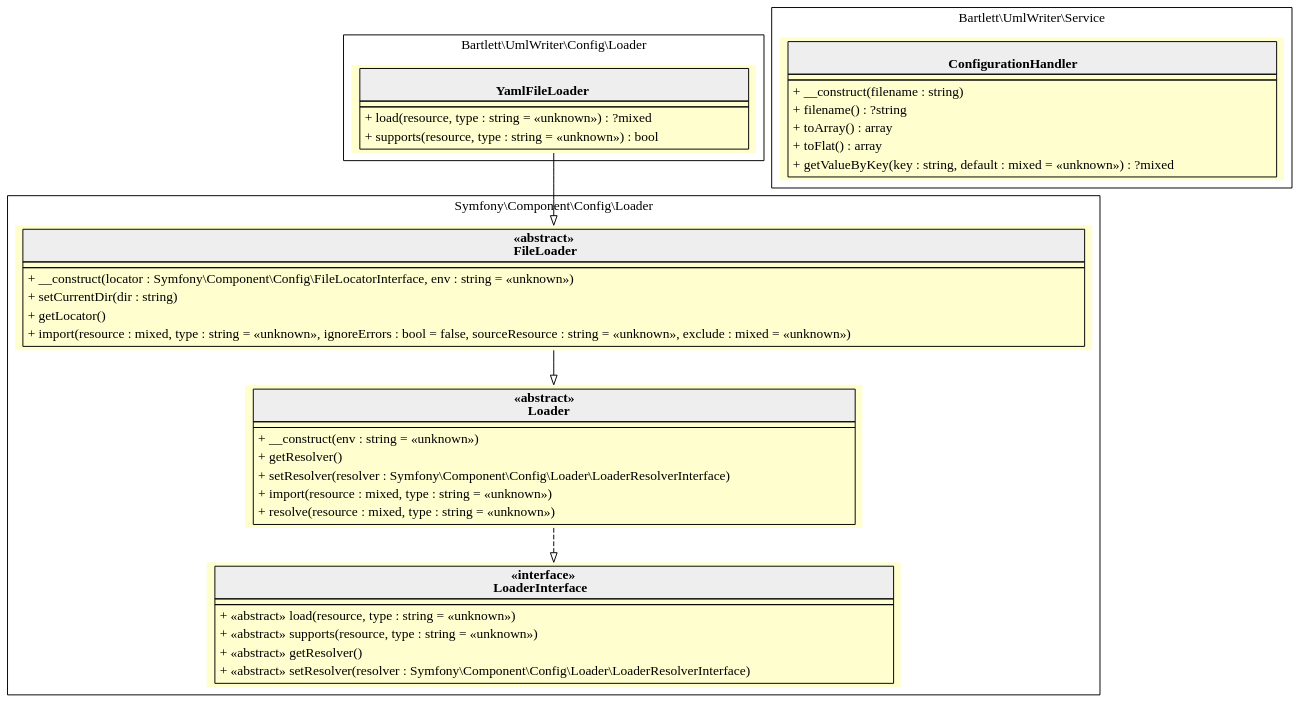
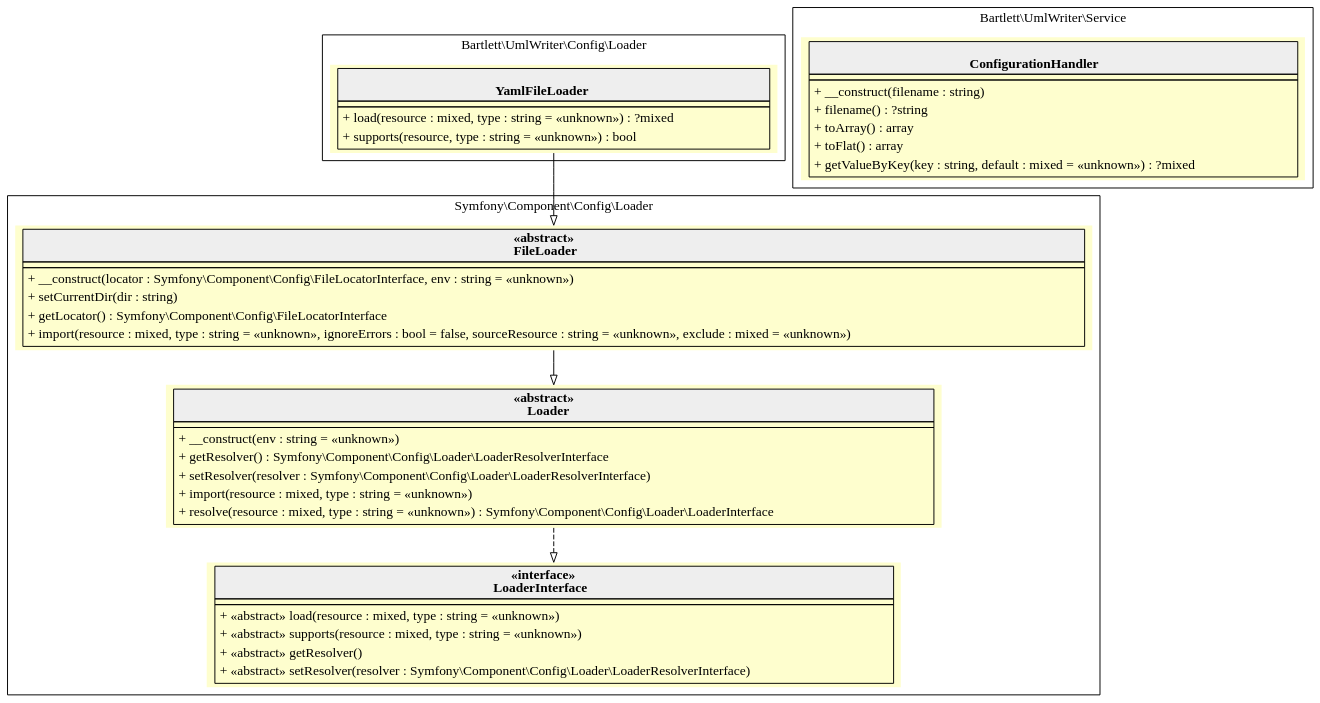
The diagram in 3.x/assets/images/configuration.html.gv (llaville/umlwriter), drawn with Graphviz before and after one commit. The commit also changed 11 other files, not shown here.

```diff
--- a/3.x/assets/images/configuration.html.gv
+++ b/3.x/assets/images/configuration.html.gv
@@ -1,71 +1,71 @@
 digraph {
   graph [rankdir="TB" bgcolor="transparent"]
   node [fillcolor="#FEFECE" style="filled"]
   subgraph cluster_0 {
     label = "Bartlett\\UmlWriter\\Config\\Loader"
     "Bartlett\\UmlWriter\\Config\\Loader\\YamlFileLoader" [shape="none" label=<
 <table cellspacing="0" border="0" cellborder="1">
     <tr><td bgcolor="#eeeeee"><b><br/>YamlFileLoader</b></td></tr>
     <tr><td></td></tr>
     <tr><td><table border="0" cellspacing="0" cellpadding="2">
-    <tr><td align="left">+ load(resource, type : string = «unknown») : ?mixed</td></tr>
+    <tr><td align="left">+ load(resource : mixed, type : string = «unknown») : ?mixed</td></tr>
     <tr><td align="left">+ supports(resource, type : string = «unknown») : bool</td></tr>
 </table></td></tr>
 </table>>]
   }
   subgraph cluster_1 {
     label = "Symfony\\Component\\Config\\Loader"
     "Symfony\\Component\\Config\\Loader\\FileLoader" [shape="none" label=<
 <table cellspacing="0" border="0" cellborder="1">
     <tr><td bgcolor="#eeeeee"><b>«abstract»<br/>FileLoader</b></td></tr>
     <tr><td></td></tr>
     <tr><td><table border="0" cellspacing="0" cellpadding="2">
     <tr><td align="left">+ __construct(locator : Symfony\\Component\\Config\\FileLocatorInterface, env : string = «unknown»)</td></tr>
     <tr><td align="left">+ setCurrentDir(dir : string)</td></tr>
-    <tr><td align="left">+ getLocator()</td></tr>
+    <tr><td align="left">+ getLocator() : Symfony\\Component\\Config\\FileLocatorInterface</td></tr>
     <tr><td align="left">+ import(resource : mixed, type : string = «unknown», ignoreErrors : bool = false, sourceResource : string = «unknown», exclude : mixed = «unknown»)</td></tr>
 </table></td></tr>
 </table>>]
     "Symfony\\Component\\Config\\Loader\\Loader" [shape="none" label=<
 <table cellspacing="0" border="0" cellborder="1">
     <tr><td bgcolor="#eeeeee"><b>«abstract»<br/>Loader</b></td></tr>
     <tr><td></td></tr>
     <tr><td><table border="0" cellspacing="0" cellpadding="2">
     <tr><td align="left">+ __construct(env : string = «unknown»)</td></tr>
-    <tr><td align="left">+ getResolver()</td></tr>
+    <tr><td align="left">+ getResolver() : Symfony\\Component\\Config\\Loader\\LoaderResolverInterface</td></tr>
     <tr><td align="left">+ setResolver(resolver : Symfony\\Component\\Config\\Loader\\LoaderResolverInterface)</td></tr>
     <tr><td align="left">+ import(resource : mixed, type : string = «unknown»)</td></tr>
-    <tr><td align="left">+ resolve(resource : mixed, type : string = «unknown»)</td></tr>
+    <tr><td align="left">+ resolve(resource : mixed, type : string = «unknown») : Symfony\\Component\\Config\\Loader\\LoaderInterface</td></tr>
 </table></td></tr>
 </table>>]
     "Symfony\\Component\\Config\\Loader\\LoaderInterface" [shape="none" label=<
 <table cellspacing="0" border="0" cellborder="1">
     <tr><td bgcolor="#eeeeee"><b>«interface»<br/>LoaderInterface</b></td></tr>
     <tr><td></td></tr>
     <tr><td><table border="0" cellspacing="0" cellpadding="2">
-    <tr><td align="left">+ «abstract» load(resource, type : string = «unknown»)</td></tr>
-    <tr><td align="left">+ «abstract» supports(resource, type : string = «unknown»)</td></tr>
+    <tr><td align="left">+ «abstract» load(resource : mixed, type : string = «unknown»)</td></tr>
+    <tr><td align="left">+ «abstract» supports(resource : mixed, type : string = «unknown»)</td></tr>
     <tr><td align="left">+ «abstract» getResolver()</td></tr>
     <tr><td align="left">+ «abstract» setResolver(resolver : Symfony\\Component\\Config\\Loader\\LoaderResolverInterface)</td></tr>
 </table></td></tr>
 </table>>]
   }
   subgraph cluster_2 {
     label = "Bartlett\\UmlWriter\\Service"
     "Bartlett\\UmlWriter\\Service\\ConfigurationHandler" [shape="none" label=<
 <table cellspacing="0" border="0" cellborder="1">
     <tr><td bgcolor="#eeeeee"><b><br/>ConfigurationHandler</b></td></tr>
     <tr><td></td></tr>
     <tr><td><table border="0" cellspacing="0" cellpadding="2">
     <tr><td align="left">+ __construct(filename : string)</td></tr>
     <tr><td align="left">+ filename() : ?string</td></tr>
     <tr><td align="left">+ toArray() : array</td></tr>
     <tr><td align="left">+ toFlat() : array</td></tr>
     <tr><td align="left">+ getValueByKey(key : string, default : mixed = «unknown») : ?mixed</td></tr>
 </table></td></tr>
 </table>>]
   }
   "Symfony\\Component\\Config\\Loader\\Loader" -> "Symfony\\Component\\Config\\Loader\\LoaderInterface" [arrowhead="empty" style="dashed"]
   "Symfony\\Component\\Config\\Loader\\FileLoader" -> "Symfony\\Component\\Config\\Loader\\Loader" [arrowhead="empty" style="filled"]
   "Bartlett\\UmlWriter\\Config\\Loader\\YamlFileLoader" -> "Symfony\\Component\\Config\\Loader\\FileLoader" [arrowhead="empty" style="filled"]
 }
```
